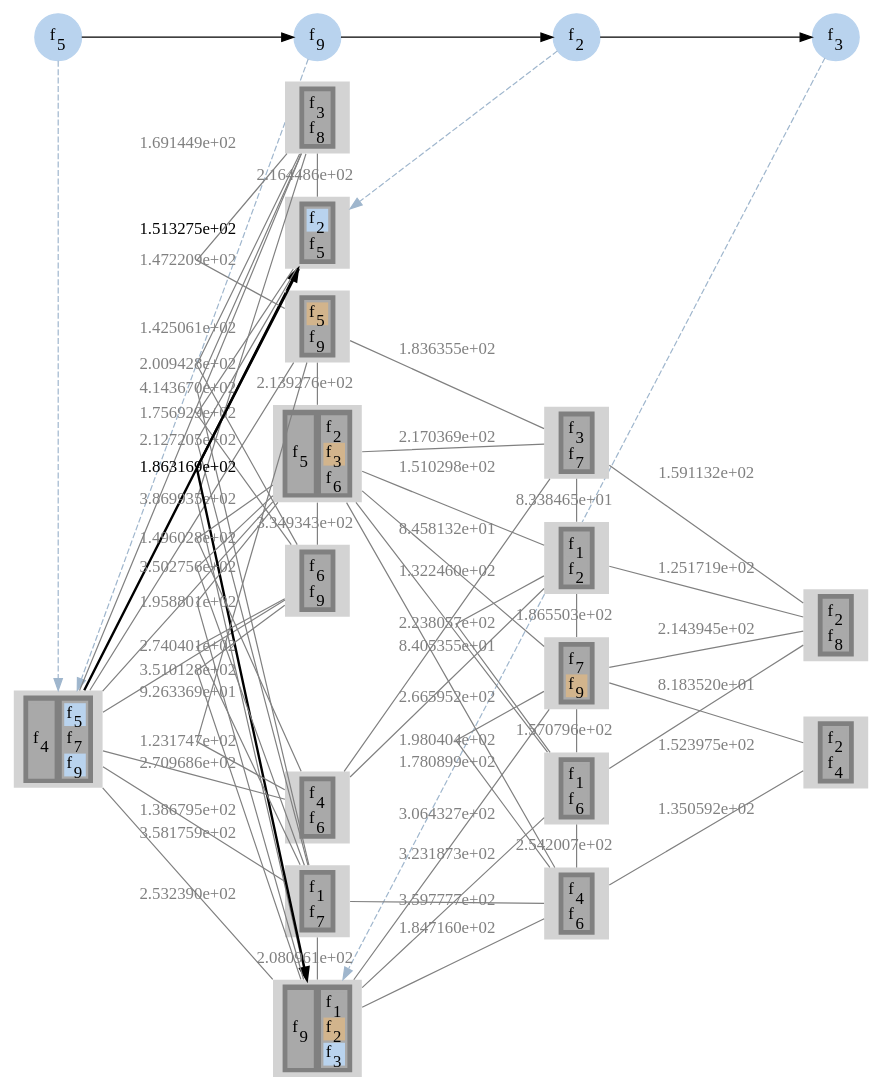
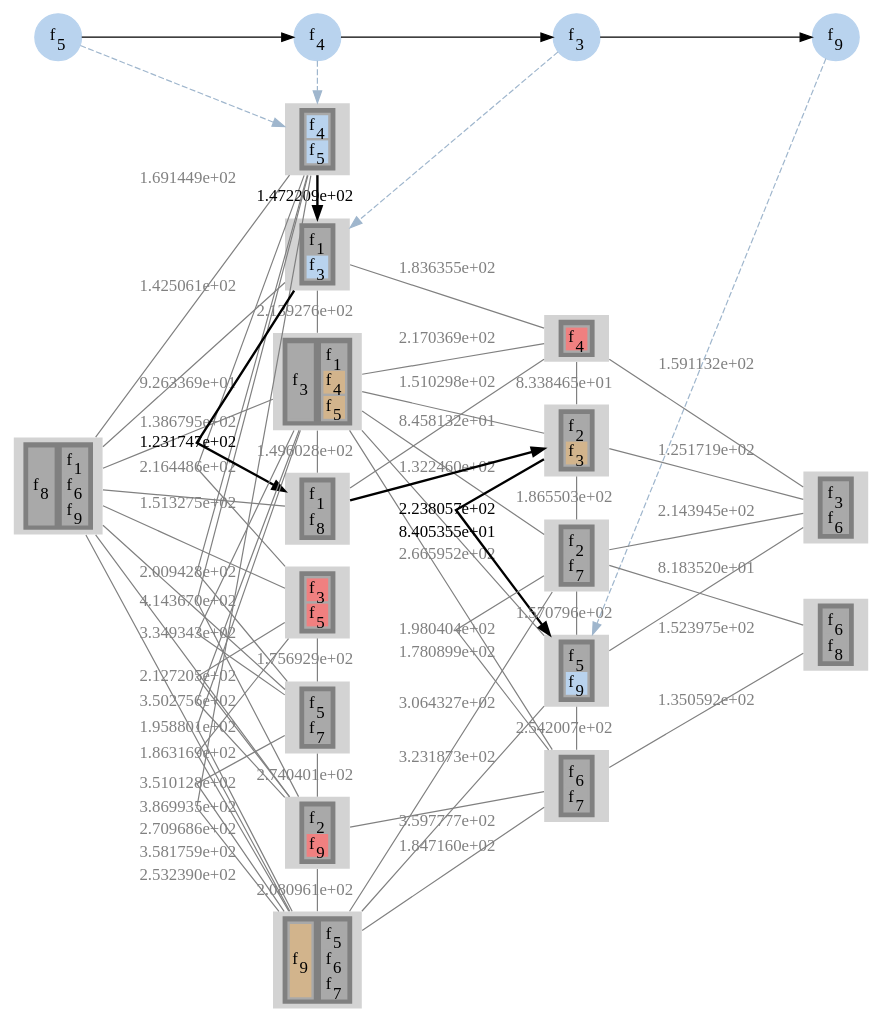
One commit to prateekshyap/SFC_Placement_in_VNF changed the diagram in output/newyork_16_49/gv/sfcAssgn7.gv. Above: the diagram before and after it, drawn with Graphviz. The commit also changed 15 other files, not shown here.

```diff
--- a/output/newyork_16_49/gv/sfcAssgn7.gv
+++ b/output/newyork_16_49/gv/sfcAssgn7.gv
@@ -6,16 +6,16 @@
 {
 node [shape=circle]
 {rank = same; f5; };
+{rank = same; f4; };
+{rank = same; f3; };
 {rank = same; f9; };
-{rank = same; f2; };
-{rank = same; f3; };
 f5[style=filled label=<f<SUB>5</SUB>> color="slategray2"]
+f4[style=filled label=<f<SUB>4</SUB>> color="slategray2"]
+f3[style=filled label=<f<SUB>3</SUB>> color="slategray2"]
 f9[style=filled label=<f<SUB>9</SUB>> color="slategray2"]
-f2[style=filled label=<f<SUB>2</SUB>> color="slategray2"]
-f3[style=filled label=<f<SUB>3</SUB>> color="slategray2"]
-f5 -> f9
-f9 -> f2
-f2 -> f3
+f5 -> f4
+f4 -> f3
+f3 -> f9
 }
 subgraph network
 {
@@ -24,20 +24,66 @@
 {rank = same; 2; 5; 6; 7; 8; 12; 13; 15; };
 {rank = same; 3; 4; 9; 10; 14; };
 {rank = same; 11; 16; };
-1[style=filled
+2[style=filled
 label=<
 <TABLE BORDER="0" BGCOLOR="gray">
 <TR>
 <TD>
 <TABLE BORDER="0" BGCOLOR="darkgray">
-<TR><TD PORT="f17" BGCOLOR="darkgray">f<SUB>4</SUB></TD></TR>
+<TR><TD PORT="f14" BGCOLOR="slategray2">f<SUB>4</SUB></TD></TR>
+<TR><TD PORT="f19" BGCOLOR="slategray2">f<SUB>5</SUB></TD></TR>
 </TABLE>
 </TD>
+</TR>
+</TABLE>>]
+
+2[style=filled
+label=<
+<TABLE BORDER="0" BGCOLOR="gray">
+<TR>
 <TD>
 <TABLE BORDER="0" BGCOLOR="darkgray">
-<TR><TD PORT="f22" BGCOLOR="slategray2">f<SUB>5</SUB></TD></TR>
-<TR><TD PORT="f30" BGCOLOR="darkgray">f<SUB>7</SUB></TD></TR>
-<TR><TD PORT="f35" BGCOLOR="slategray2">f<SUB>9</SUB></TD></TR>
+<TR><TD PORT="f14" BGCOLOR="slategray2">f<SUB>4</SUB></TD></TR>
+<TR><TD PORT="f19" BGCOLOR="slategray2">f<SUB>5</SUB></TD></TR>
+</TABLE>
+</TD>
+</TR>
+</TABLE>>]
+
+6[style=filled
+label=<
+<TABLE BORDER="0" BGCOLOR="gray">
+<TR>
+<TD>
+<TABLE BORDER="0" BGCOLOR="darkgray">
+<TR><TD PORT="f4" BGCOLOR="darkgray">f<SUB>1</SUB></TD></TR>
+<TR><TD PORT="f12" BGCOLOR="slategray2">f<SUB>3</SUB></TD></TR>
+</TABLE>
+</TD>
+</TR>
+</TABLE>>]
+
+6[style=filled
+label=<
+<TABLE BORDER="0" BGCOLOR="gray">
+<TR>
+<TD>
+<TABLE BORDER="0" BGCOLOR="darkgray">
+<TR><TD PORT="f4" BGCOLOR="darkgray">f<SUB>1</SUB></TD></TR>
+<TR><TD PORT="f12" BGCOLOR="slategray2">f<SUB>3</SUB></TD></TR>
+</TABLE>
+</TD>
+</TR>
+</TABLE>>]
+
+10[style=filled
+label=<
+<TABLE BORDER="0" BGCOLOR="gray">
+<TR>
+<TD>
+<TABLE BORDER="0" BGCOLOR="darkgray">
+<TR><TD PORT="f21" BGCOLOR="darkgray">f<SUB>5</SUB></TD></TR>
+<TR><TD PORT="f38" BGCOLOR="slategray2">f<SUB>9</SUB></TD></TR>
 </TABLE>
 </TD>
 </TR>
@@ -49,14 +95,14 @@
 <TR>
 <TD>
 <TABLE BORDER="0" BGCOLOR="darkgray">
-<TR><TD PORT="f17" BGCOLOR="darkgray">f<SUB>4</SUB></TD></TR>
+<TR><TD PORT="f32" BGCOLOR="darkgray">f<SUB>8</SUB></TD></TR>
 </TABLE>
 </TD>
 <TD>
 <TABLE BORDER="0" BGCOLOR="darkgray">
-<TR><TD PORT="f22" BGCOLOR="slategray2">f<SUB>5</SUB></TD></TR>
-<TR><TD PORT="f30" BGCOLOR="darkgray">f<SUB>7</SUB></TD></TR>
-<TR><TD PORT="f35" BGCOLOR="slategray2">f<SUB>9</SUB></TD></TR>
+<TR><TD PORT="f2" BGCOLOR="darkgray">f<SUB>1</SUB></TD></TR>
+<TR><TD PORT="f26" BGCOLOR="darkgray">f<SUB>6</SUB></TD></TR>
+<TR><TD PORT="f36" BGCOLOR="darkgray">f<SUB>9</SUB></TD></TR>
 </TABLE>
 </TD>
 </TR>
@@ -68,21 +114,66 @@
 <TR>
 <TD>
 <TABLE BORDER="0" BGCOLOR="darkgray">
-<TR><TD PORT="f8" BGCOLOR="slategray2">f<SUB>2</SUB></TD></TR>
-<TR><TD PORT="f21" BGCOLOR="darkgray">f<SUB>5</SUB></TD></TR>
+<TR><TD PORT="f11" BGCOLOR="lightcoral">f<SUB>3</SUB></TD></TR>
+<TR><TD PORT="f20" BGCOLOR="lightcoral">f<SUB>5</SUB></TD></TR>
 </TABLE>
 </TD>
 </TR>
 </TABLE>>]
 
-5[style=filled
+7[style=filled
 label=<
 <TABLE BORDER="0" BGCOLOR="gray">
 <TR>
 <TD>
 <TABLE BORDER="0" BGCOLOR="darkgray">
-<TR><TD PORT="f8" BGCOLOR="slategray2">f<SUB>2</SUB></TD></TR>
-<TR><TD PORT="f21" BGCOLOR="darkgray">f<SUB>5</SUB></TD></TR>
+<TR><TD PORT="f8" BGCOLOR="darkgray">f<SUB>3</SUB></TD></TR>
+</TABLE>
+</TD>
+<TD>
+<TABLE BORDER="0" BGCOLOR="darkgray">
+<TR><TD PORT="f1" BGCOLOR="darkgray">f<SUB>1</SUB></TD></TR>
+<TR><TD PORT="f13" BGCOLOR="tan">f<SUB>4</SUB></TD></TR>
+<TR><TD PORT="f17" BGCOLOR="tan">f<SUB>5</SUB></TD></TR>
+</TABLE>
+</TD>
+</TR>
+</TABLE>>]
+
+8[style=filled
+label=<
+<TABLE BORDER="0" BGCOLOR="gray">
+<TR>
+<TD>
+<TABLE BORDER="0" BGCOLOR="darkgray">
+<TR><TD PORT="f3" BGCOLOR="darkgray">f<SUB>1</SUB></TD></TR>
+<TR><TD PORT="f34" BGCOLOR="darkgray">f<SUB>8</SUB></TD></TR>
+</TABLE>
+</TD>
+</TR>
+</TABLE>>]
+
+12[style=filled
+label=<
+<TABLE BORDER="0" BGCOLOR="gray">
+<TR>
+<TD>
+<TABLE BORDER="0" BGCOLOR="darkgray">
+<TR><TD PORT="f22" BGCOLOR="darkgray">f<SUB>5</SUB></TD></TR>
+<TR><TD PORT="f31" BGCOLOR="darkgray">f<SUB>7</SUB></TD></TR>
+</TABLE>
+</TD>
+</TR>
+</TABLE>>]
+
+13[style=filled
+label=<
+<TABLE BORDER="0" BGCOLOR="gray">
+<TR>
+<TD>
+<TABLE BORDER="0" BGCOLOR="darkgray">
+<TR><TD PORT="f7" BGCOLOR="darkgray">f<SUB>2</SUB></TD></TR>
+<TR><TD PORT="f37" BGCOLOR="lightcoral">f<SUB>9</SUB></TD></TR>
 </TABLE>
 </TD>
 </TR>
@@ -94,97 +185,13 @@
 <TR>
 <TD>
 <TABLE BORDER="0" BGCOLOR="darkgray">
-<TR><TD PORT="f34" BGCOLOR="darkgray">f<SUB>9</SUB></TD></TR>
+<TR><TD PORT="f35" BGCOLOR="tan">f<SUB>9</SUB></TD></TR>
 </TABLE>
 </TD>
 <TD>
 <TABLE BORDER="0" BGCOLOR="darkgray">
-<TR><TD PORT="f4" BGCOLOR="darkgray">f<SUB>1</SUB></TD></TR>
-<TR><TD PORT="f7" BGCOLOR="tan">f<SUB>2</SUB></TD></TR>
-<TR><TD PORT="f14" BGCOLOR="slategray2">f<SUB>3</SUB></TD></TR>
-</TABLE>
-</TD>
-</TR>
-</TABLE>>]
-
-2[style=filled
-label=<
-<TABLE BORDER="0" BGCOLOR="gray">
-<TR>
-<TD>
-<TABLE BORDER="0" BGCOLOR="darkgray">
-<TR><TD PORT="f13" BGCOLOR="darkgray">f<SUB>3</SUB></TD></TR>
-<TR><TD PORT="f32" BGCOLOR="darkgray">f<SUB>8</SUB></TD></TR>
-</TABLE>
-</TD>
-</TR>
-</TABLE>>]
-
-6[style=filled
-label=<
-<TABLE BORDER="0" BGCOLOR="gray">
-<TR>
-<TD>
-<TABLE BORDER="0" BGCOLOR="darkgray">
-<TR><TD PORT="f20" BGCOLOR="tan">f<SUB>5</SUB></TD></TR>
-<TR><TD PORT="f38" BGCOLOR="darkgray">f<SUB>9</SUB></TD></TR>
-</TABLE>
-</TD>
-</TR>
-</TABLE>>]
-
-7[style=filled
-label=<
-<TABLE BORDER="0" BGCOLOR="gray">
-<TR>
-<TD>
-<TABLE BORDER="0" BGCOLOR="darkgray">
-<TR><TD PORT="f19" BGCOLOR="darkgray">f<SUB>5</SUB></TD></TR>
-</TABLE>
-</TD>
-<TD>
-<TABLE BORDER="0" BGCOLOR="darkgray">
-<TR><TD PORT="f9" BGCOLOR="darkgray">f<SUB>2</SUB></TD></TR>
-<TR><TD PORT="f12" BGCOLOR="tan">f<SUB>3</SUB></TD></TR>
-<TR><TD PORT="f24" BGCOLOR="darkgray">f<SUB>6</SUB></TD></TR>
-</TABLE>
-</TD>
-</TR>
-</TABLE>>]
-
-8[style=filled
-label=<
-<TABLE BORDER="0" BGCOLOR="gray">
-<TR>
-<TD>
-<TABLE BORDER="0" BGCOLOR="darkgray">
-<TR><TD PORT="f15" BGCOLOR="darkgray">f<SUB>4</SUB></TD></TR>
+<TR><TD PORT="f18" BGCOLOR="darkgray">f<SUB>5</SUB></TD></TR>
 <TR><TD PORT="f23" BGCOLOR="darkgray">f<SUB>6</SUB></TD></TR>
-</TABLE>
-</TD>
-</TR>
-</TABLE>>]
-
-12[style=filled
-label=<
-<TABLE BORDER="0" BGCOLOR="gray">
-<TR>
-<TD>
-<TABLE BORDER="0" BGCOLOR="darkgray">
-<TR><TD PORT="f27" BGCOLOR="darkgray">f<SUB>6</SUB></TD></TR>
-<TR><TD PORT="f37" BGCOLOR="darkgray">f<SUB>9</SUB></TD></TR>
-</TABLE>
-</TD>
-</TR>
-</TABLE>>]
-
-13[style=filled
-label=<
-<TABLE BORDER="0" BGCOLOR="gray">
-<TR>
-<TD>
-<TABLE BORDER="0" BGCOLOR="darkgray">
-<TR><TD PORT="f3" BGCOLOR="darkgray">f<SUB>1</SUB></TD></TR>
 <TR><TD PORT="f29" BGCOLOR="darkgray">f<SUB>7</SUB></TD></TR>
 </TABLE>
 </TD>
@@ -197,8 +204,7 @@
 <TR>
 <TD>
 <TABLE BORDER="0" BGCOLOR="darkgray">
-<TR><TD PORT="f11" BGCOLOR="darkgray">f<SUB>3</SUB></TD></TR>
-<TR><TD PORT="f28" BGCOLOR="darkgray">f<SUB>7</SUB></TD></TR>
+<TR><TD PORT="f15" BGCOLOR="lightcoral">f<SUB>4</SUB></TD></TR>
 </TABLE>
 </TD>
 </TR>
@@ -210,8 +216,8 @@
 <TR>
 <TD>
 <TABLE BORDER="0" BGCOLOR="darkgray">
-<TR><TD PORT="f1" BGCOLOR="darkgray">f<SUB>1</SUB></TD></TR>
-<TR><TD PORT="f5" BGCOLOR="darkgray">f<SUB>2</SUB></TD></TR>
+<TR><TD PORT="f6" BGCOLOR="darkgray">f<SUB>2</SUB></TD></TR>
+<TR><TD PORT="f10" BGCOLOR="tan">f<SUB>3</SUB></TD></TR>
 </TABLE>
 </TD>
 </TR>
@@ -223,8 +229,8 @@
 <TR>
 <TD>
 <TABLE BORDER="0" BGCOLOR="darkgray">
-<TR><TD PORT="f10" BGCOLOR="darkgray">f<SUB>2</SUB></TD></TR>
-<TR><TD PORT="f33" BGCOLOR="darkgray">f<SUB>8</SUB></TD></TR>
+<TR><TD PORT="f9" BGCOLOR="darkgray">f<SUB>3</SUB></TD></TR>
+<TR><TD PORT="f24" BGCOLOR="darkgray">f<SUB>6</SUB></TD></TR>
 </TABLE>
 </TD>
 </TR>
@@ -236,21 +242,8 @@
 <TR>
 <TD>
 <TABLE BORDER="0" BGCOLOR="darkgray">
-<TR><TD PORT="f31" BGCOLOR="darkgray">f<SUB>7</SUB></TD></TR>
-<TR><TD PORT="f36" BGCOLOR="tan">f<SUB>9</SUB></TD></TR>
-</TABLE>
-</TD>
-</TR>
-</TABLE>>]
-
-10[style=filled
-label=<
-<TABLE BORDER="0" BGCOLOR="gray">
-<TR>
-<TD>
-<TABLE BORDER="0" BGCOLOR="darkgray">
-<TR><TD PORT="f2" BGCOLOR="darkgray">f<SUB>1</SUB></TD></TR>
-<TR><TD PORT="f25" BGCOLOR="darkgray">f<SUB>6</SUB></TD></TR>
+<TR><TD PORT="f5" BGCOLOR="darkgray">f<SUB>2</SUB></TD></TR>
+<TR><TD PORT="f28" BGCOLOR="darkgray">f<SUB>7</SUB></TD></TR>
 </TABLE>
 </TD>
 </TR>
@@ -262,8 +255,8 @@
 <TR>
 <TD>
 <TABLE BORDER="0" BGCOLOR="darkgray">
-<TR><TD PORT="f16" BGCOLOR="darkgray">f<SUB>4</SUB></TD></TR>
-<TR><TD PORT="f26" BGCOLOR="darkgray">f<SUB>6</SUB></TD></TR>
+<TR><TD PORT="f27" BGCOLOR="darkgray">f<SUB>6</SUB></TD></TR>
+<TR><TD PORT="f30" BGCOLOR="darkgray">f<SUB>7</SUB></TD></TR>
 </TABLE>
 </TD>
 </TR>
@@ -275,16 +268,19 @@
 <TR>
 <TD>
 <TABLE BORDER="0" BGCOLOR="darkgray">
-<TR><TD PORT="f6" BGCOLOR="darkgray">f<SUB>2</SUB></TD></TR>
-<TR><TD PORT="f18" BGCOLOR="darkgray">f<SUB>4</SUB></TD></TR>
+<TR><TD PORT="f25" BGCOLOR="darkgray">f<SUB>6</SUB></TD></TR>
+<TR><TD PORT="f33" BGCOLOR="darkgray">f<SUB>8</SUB></TD></TR>
 </TABLE>
 </TD>
 </TR>
 </TABLE>>]
 
-1 -> 5[label="1.513275e+02" color="black" penwidth=2]
-5 -> 15[label="1.863169e+02" color="black" penwidth=2]
+2 -> 6[label="1.472209e+02" color="black" penwidth=2]
+6 -> 8[label="1.231747e+02" color="black" penwidth=2]
+8 -> 4[label="8.405355e+01" color="black" penwidth=2]
+4 -> 10[label="2.238057e+02" color="black" penwidth=2]
 1 -> 2[label="1.691449e+02" color="gray" fontcolor="gray" dir = none]
+1 -> 5[label="1.513275e+02" color="gray" fontcolor="gray" dir = none]
 1 -> 6[label="1.425061e+02" color="gray" fontcolor="gray" dir = none]
 1 -> 7[label="9.263369e+01" color="gray" fontcolor="gray" dir = none]
 1 -> 8[label="1.386795e+02" color="gray" fontcolor="gray" dir = none]
@@ -292,7 +288,6 @@
 1 -> 13[label="3.581759e+02" color="gray" fontcolor="gray" dir = none]
 1 -> 15[label="2.532390e+02" color="gray" fontcolor="gray" dir = none]
 2 -> 5[label="2.164486e+02" color="gray" fontcolor="gray" dir = none]
-2 -> 6[label="1.472209e+02" color="gray" fontcolor="gray" dir = none]
 2 -> 12[label="2.009428e+02" color="gray" fontcolor="gray" dir = none]
 2 -> 13[label="4.143670e+02" color="gray" fontcolor="gray" dir = none]
 2 -> 15[label="3.869935e+02" color="gray" fontcolor="gray" dir = none]
@@ -302,14 +297,12 @@
 3 -> 8[label="8.458132e+01" color="gray" fontcolor="gray" dir = none]
 3 -> 11[label="1.591132e+02" color="gray" fontcolor="gray" dir = none]
 4 -> 7[label="1.510298e+02" color="gray" fontcolor="gray" dir = none]
-4 -> 8[label="8.405355e+01" color="gray" fontcolor="gray" dir = none]
 4 -> 9[label="1.865503e+02" color="gray" fontcolor="gray" dir = none]
-4 -> 10[label="2.238057e+02" color="gray" fontcolor="gray" dir = none]
 4 -> 11[label="1.251719e+02" color="gray" fontcolor="gray" dir = none]
 5 -> 12[label="1.756929e+02" color="gray" fontcolor="gray" dir = none]
 5 -> 13[label="2.127205e+02" color="gray" fontcolor="gray" dir = none]
+5 -> 15[label="1.863169e+02" color="gray" fontcolor="gray" dir = none]
 6 -> 7[label="2.139276e+02" color="gray" fontcolor="gray" dir = none]
-6 -> 8[label="1.231747e+02" color="gray" fontcolor="gray" dir = none]
 7 -> 8[label="1.496028e+02" color="gray" fontcolor="gray" dir = none]
 7 -> 9[label="1.322460e+02" color="gray" fontcolor="gray" dir = none]
 7 -> 10[label="2.665952e+02" color="gray" fontcolor="gray" dir = none]
@@ -333,8 +326,8 @@
 14 -> 16[label="1.350592e+02" color="gray" fontcolor="gray" dir = none]
 }
 splines=false
-f5 -> 1[color="slategray3" style=dashed constraint=false]
-f9 -> 1[color="slategray3" style=dashed constraint=false]
-f2 -> 5[color="slategray3" style=dashed constraint=false]
-f3 -> 15[color="slategray3" style=dashed constraint=false]
+f5 -> 2[color="slategray3" style=dashed constraint=false]
+f4 -> 2[color="slategray3" style=dashed constraint=false]
+f3 -> 6[color="slategray3" style=dashed constraint=false]
+f9 -> 10[color="slategray3" style=dashed constraint=false]
 }
```
